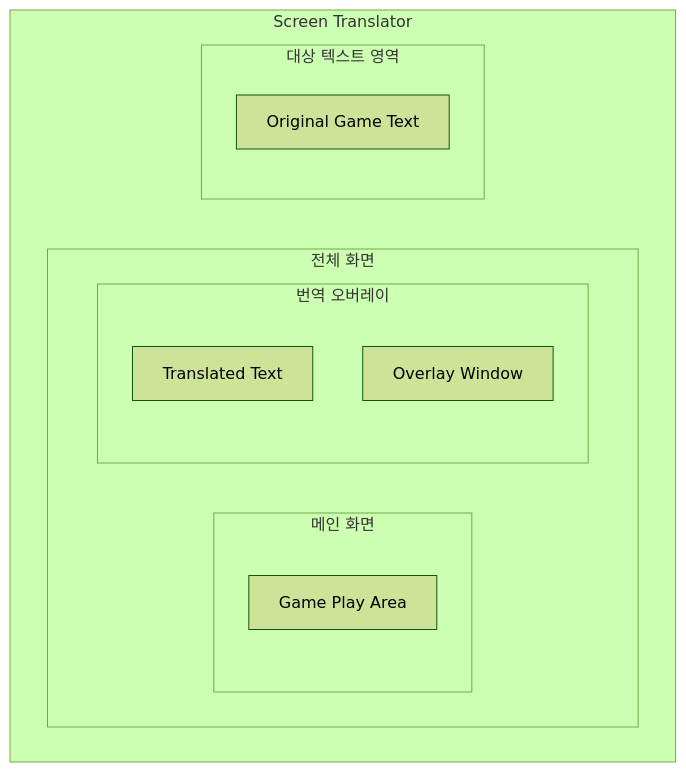
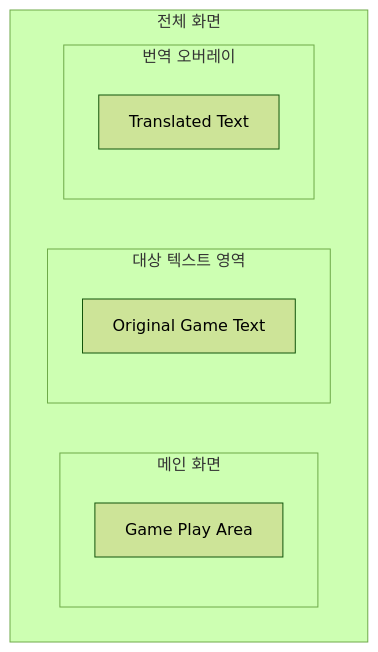
The second of 2 diagrams in Analysis.md (Pcs0204/ScreenTranslator), drawn with Mermaid (forest theme) before and after one commit.

````diff
--- a/Analysis.md
+++ b/Analysis.md
@@ -123,26 +123,21 @@
 ```mermaid
 flowchart TB
 
-    subgraph Window["Screen Translator"]
+    subgraph Window["전체 화면"]
 
-        subgraph MainArea["전체 화면"]
+        subgraph Game["메인 화면"]
+            G1["Game Play Area"]
+        end
 
-            direction LR
-
-            subgraph Game["메인 화면"]
-                G1["Game Play Area"]
-            end
-
-            subgraph Overlay["번역 오버레이"]
-                O1["Translated Text"]
-                O2["Overlay Window"]
-            end
-
-        end
+        direction LR
 
         subgraph BottomText["대상 텍스트 영역"]
             T1["Original Game Text"]
         end
 
+        subgraph Overlay["번역 오버레이"]
+            O1["Translated Text"]
+        end
+
     end
 ```
````
